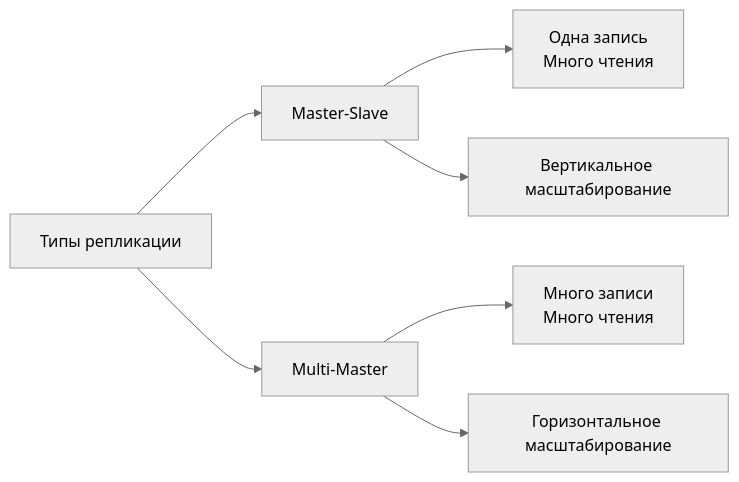
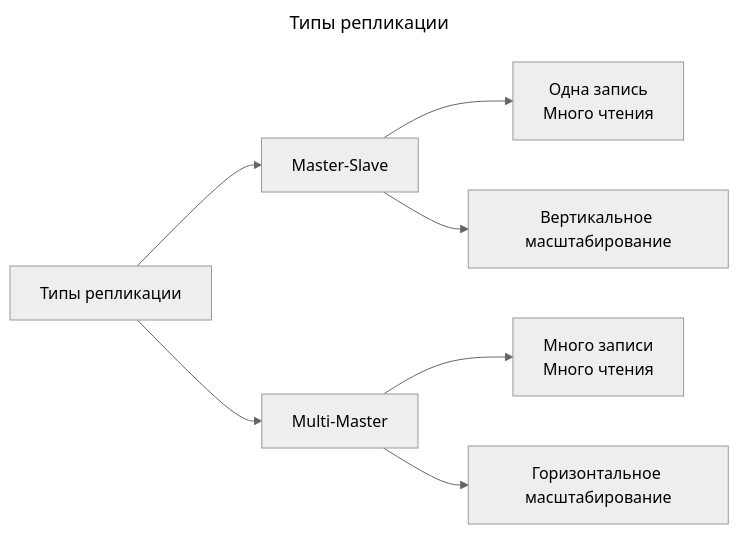
One commit to mrtxee/enterprise-developer-almanac changed the first of 4 diagrams in software-engineer/паттерны/scaling/replication.md. Above: the diagram before and after it, drawn with Mermaid (neutral theme). The commit also changed other lines of this file and 18 other files, not shown here.

````diff
--- a/software-engineer/паттерны/scaling/replication.md
+++ b/software-engineer/паттерны/scaling/replication.md
@@ -21,11 +26,14 @@
 ```mermaid
+---
+title: Типы репликации
+---
 graph LR
     A[Типы репликации] --> B[Master-Slave]
     A --> C[Multi-Master]
     
     B --> B1[Одна запись<br/>Много чтения]
     B --> B2[Вертикальное масштабирование]
     
     C --> C1[Много записи<br/>Много чтения]
     C --> C2[Горизонтальное масштабирование]
 ```
````
